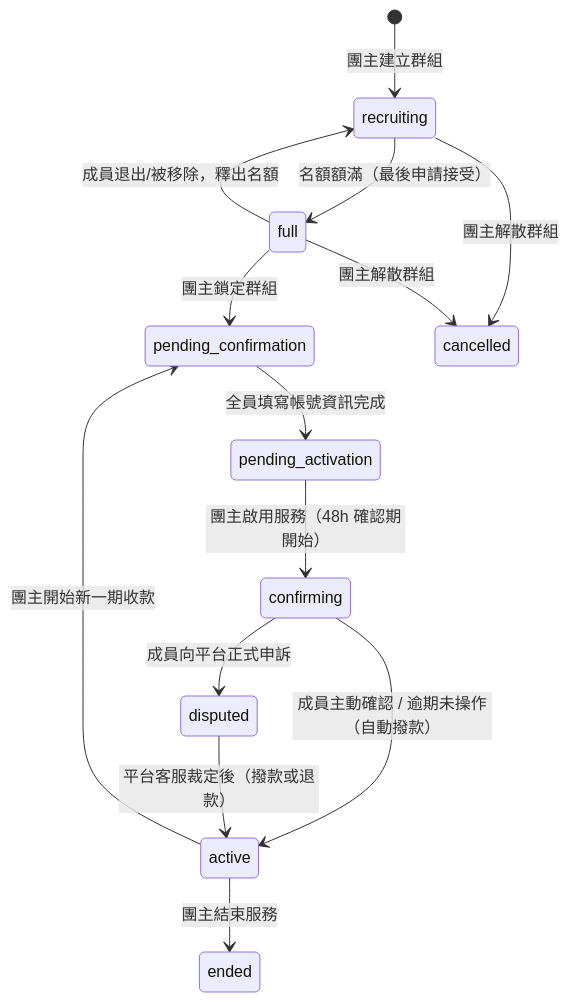
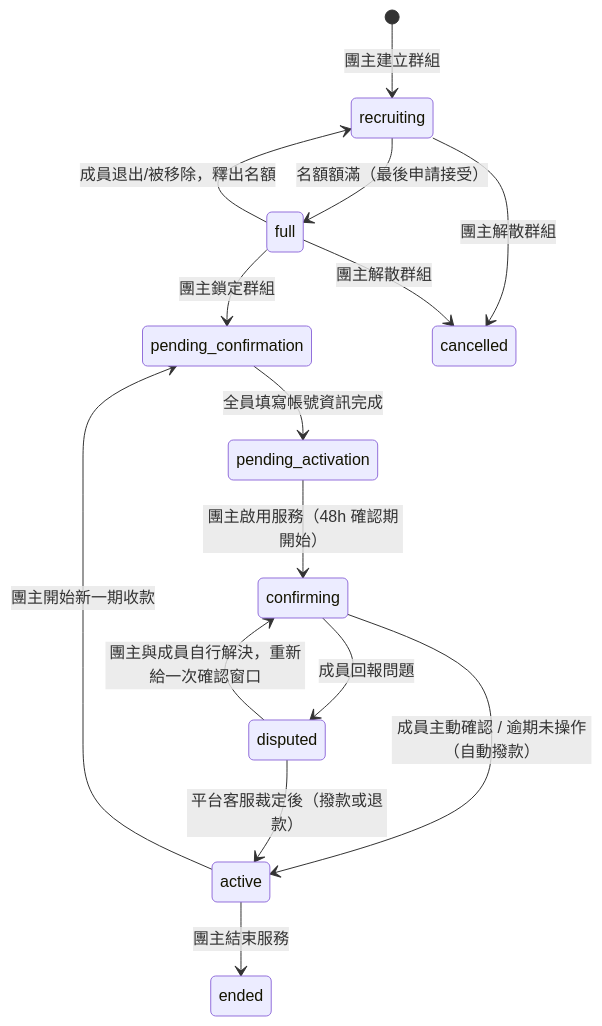
One commit to s1092055/PartyMatch changed the diagram in docs/flows/group-state-machine.md. Above: the diagram before and after it, drawn with Mermaid. The commit also changed 17 other files, not shown here.

````diff
--- a/docs/flows/group-state-machine.md
+++ b/docs/flows/group-state-machine.md
@@ -5,16 +5,17 @@
 ```mermaid
 stateDiagram-v2
   [*] --> recruiting : 團主建立群組
   recruiting --> full : 名額額滿（最後申請接受）
   full --> recruiting : 成員退出/被移除，釋出名額
   full --> pending_confirmation : 團主鎖定群組
   pending_confirmation --> pending_activation : 全員填寫帳號資訊完成
   pending_activation --> confirming : 團主啟用服務（48h 確認期開始）
   confirming --> active : 成員主動確認 / 逾期未操作（自動撥款）
-  confirming --> disputed : 成員向平台正式申訴
+  confirming --> disputed : 成員回報問題
+  disputed --> confirming : 團主與成員自行解決，重新給一次確認窗口
   disputed --> active : 平台客服裁定後（撥款或退款）
   active --> pending_confirmation : 團主開始新一期收款
   active --> ended : 團主結束服務
   recruiting --> cancelled : 團主解散群組
   full --> cancelled : 團主解散群組
 ```
````
